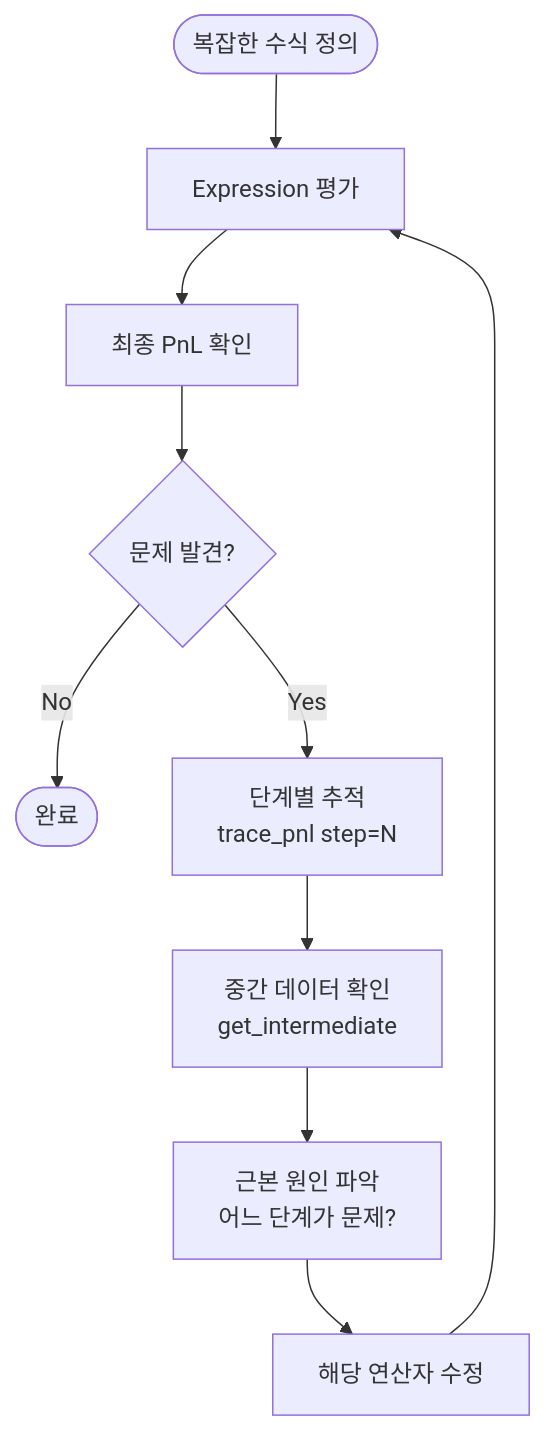
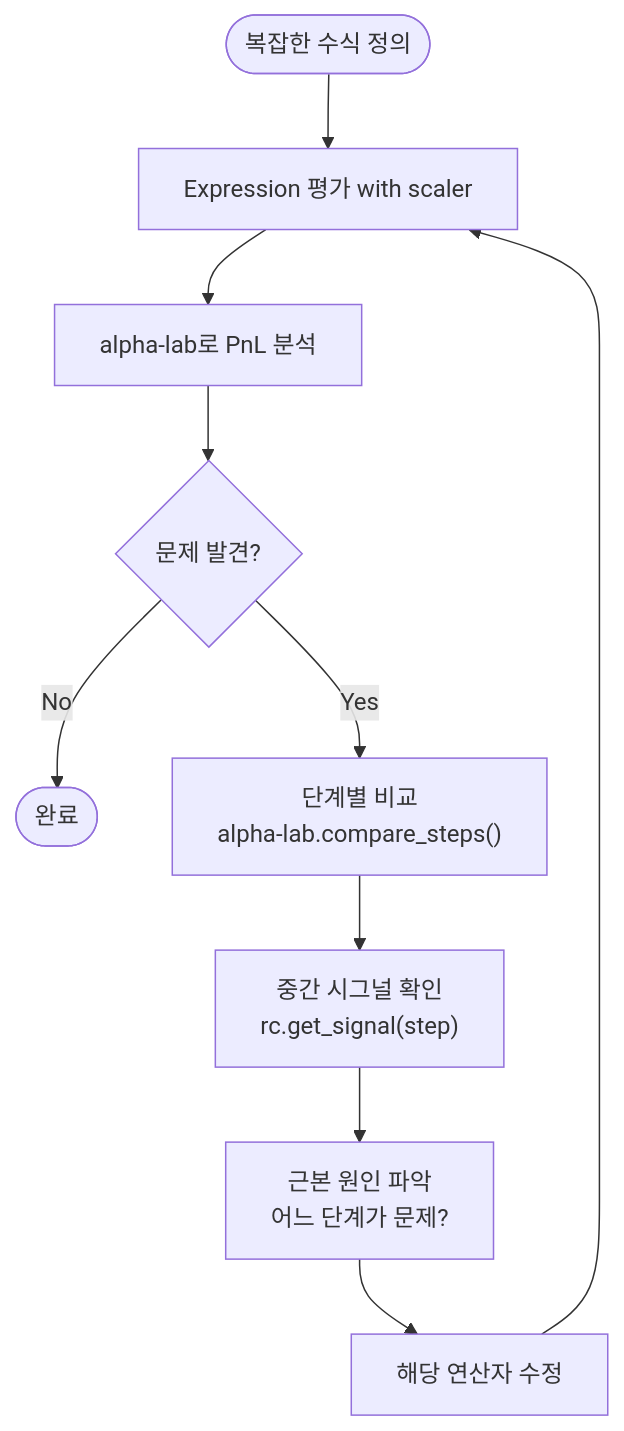
One commit to jaepil-choi/alpha-excel changed the third of 3 diagrams in docs/vibe_coding/prd.md. Above: the diagram before and after it, drawn with Mermaid. The commit also changed other lines of this file, not shown here.

First line of the commit message:
docs: restructure PRD for three-package architecture

````diff
--- a/docs/vibe_coding/prd.md
+++ b/docs/vibe_coding/prd.md
@@ -50,14 +65,14 @@
 ```mermaid
 flowchart TD
-    Start(["복잡한 수식 정의"]) --> Execute["Expression 평가"]
-    Execute --> Results["최종 PnL 확인"]
+    Start(["복잡한 수식 정의"]) --> Execute["Expression 평가 with scaler"]
+    Execute --> Results["alpha-lab로 PnL 분석"]
     Results --> Problem{"문제 발견?"}
     
     Problem -->|"No"| End(["완료"])
-    Problem -->|"Yes"| Trace["단계별 추적<br/>trace_pnl step=N"]
+    Problem -->|"Yes"| Trace["단계별 비교<br/>alpha-lab.compare_steps()"]
     
-    Trace --> Inspect["중간 데이터 확인<br/>get_intermediate"]
+    Trace --> Inspect["중간 시그널 확인<br/>rc.get_signal(step)"]
     Inspect --> Root["근본 원인 파악<br/>어느 단계가 문제?"]
     Root --> Fix["해당 연산자 수정"]
     Fix --> Execute
 ```
````
